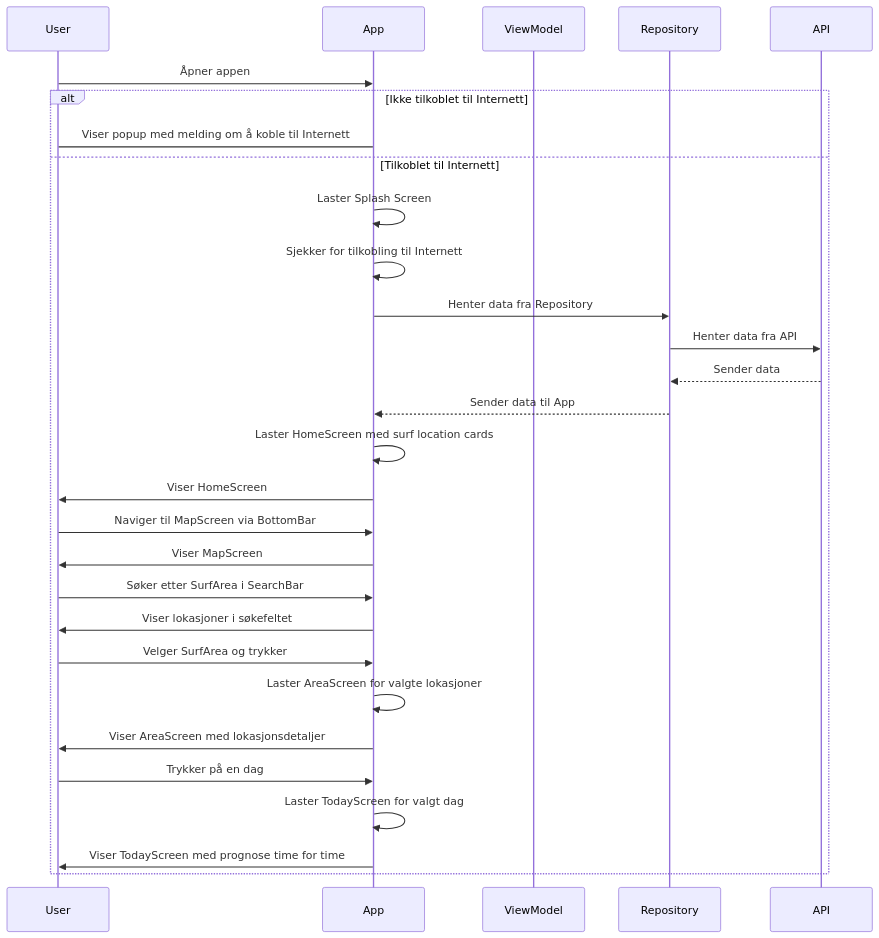
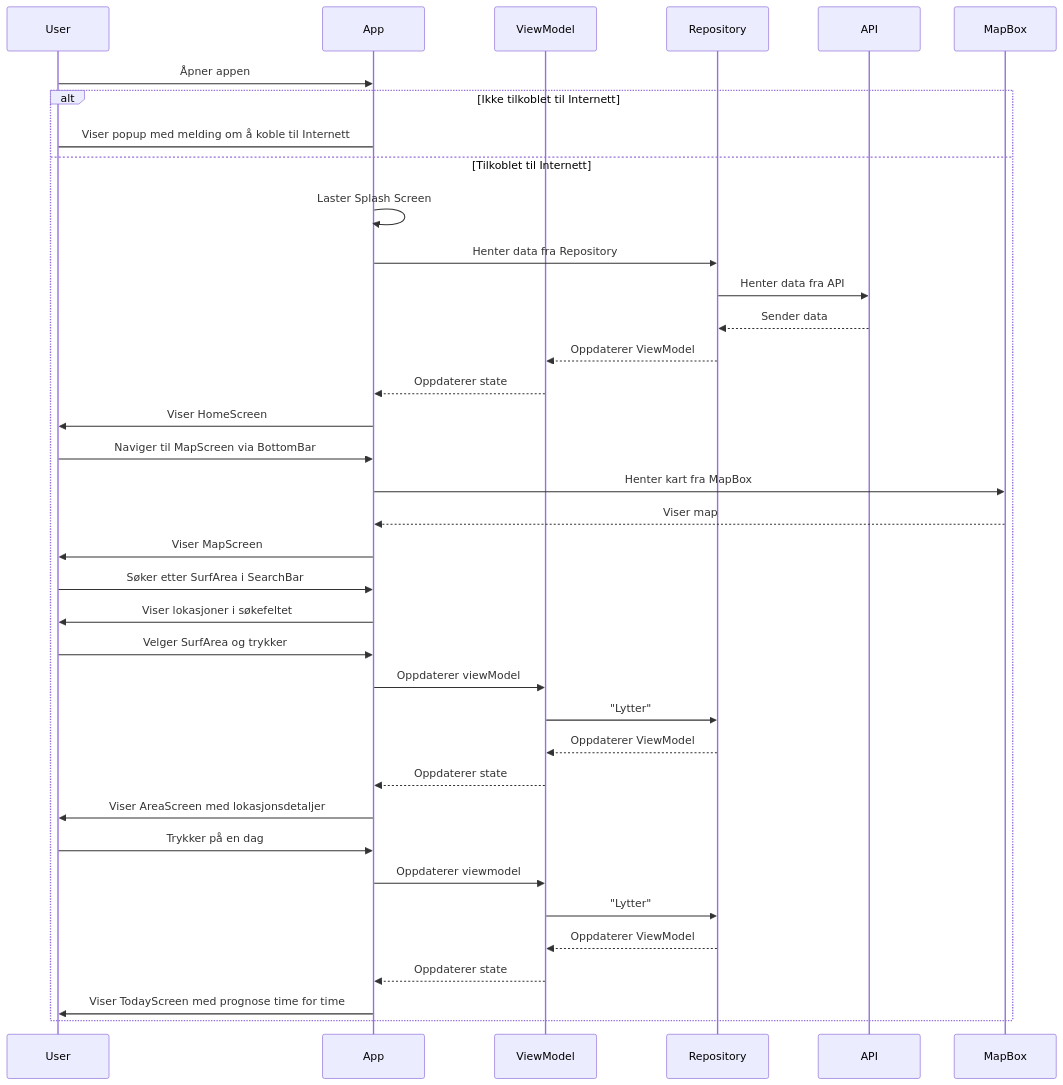
Before and after one commit to orjanhsy/smacklip-surf: the third of 3 diagrams in MODELING.md, drawn with Mermaid.

Commit message:
add viewmodel and mapbox to secon sequence diagram

````diff
--- a/MODELING.md
+++ b/MODELING.md
@@ -105,32 +105,40 @@
 ```mermaid
 sequenceDiagram
     participant User
     participant App
     participant ViewModel
     participant Repository
     participant API
+    Participant MapBox
 
     User->>App: Åpner appen
     alt Ikke tilkoblet til Internett
         App->User: Viser popup med melding om å koble til Internett
     else Tilkoblet til Internett
     App->>App: Laster Splash Screen
-        App->>App: Sjekker for tilkobling til Internett
-        App->>Repository: Henter data fra Repository
+         App->>Repository: Henter data fra Repository
         Repository->>API: Henter data fra API
         API-->>Repository: Sender data
-        Repository-->>App: Sender data til App
-        App->>App: Laster HomeScreen med surf location cards
+        Repository-->>ViewModel: Oppdaterer ViewModel
+        ViewModel -->>App: Oppdaterer state
         App->>User: Viser HomeScreen
-        User ->>App: Naviger til MapScreen via BottomBar
+        User->>App: Naviger til MapScreen via BottomBar
+        App->>MapBox: Henter kart fra MapBox
+        MapBox-->>App: Viser map
         App->>User: Viser MapScreen
         User->>App: Søker etter SurfArea i SearchBar
         App->>User: Viser lokasjoner i søkefeltet
         User->>App: Velger SurfArea og trykker
-        App->>App: Laster AreaScreen for valgte lokasjoner
+        App ->>ViewModel: Oppdaterer viewModel
+        ViewModel->>Repository: "Lytter"
+        Repository-->>ViewModel: Oppdaterer ViewModel
+        ViewModel -->>App: Oppdaterer state
         App->>User: Viser AreaScreen med lokasjonsdetaljer
         User->>App: Trykker på en dag
-        App->>App: Laster TodayScreen for valgt dag
+        App ->>ViewModel: Oppdaterer viewmodel
+        ViewModel->>Repository: "Lytter"
+        Repository-->>ViewModel: Oppdaterer ViewModel
+        ViewModel -->>App: Oppdaterer state
         App->>User: Viser TodayScreen med prognose time for time
     end
 ```
````
